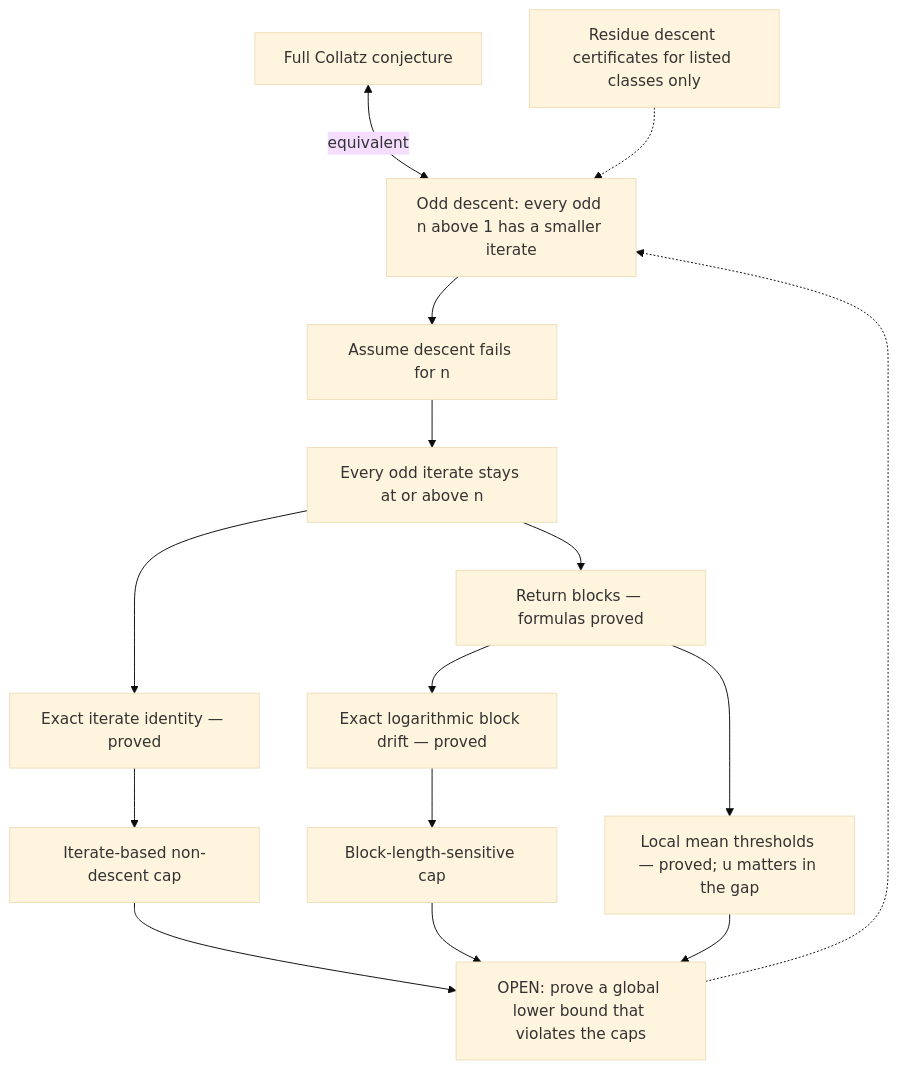
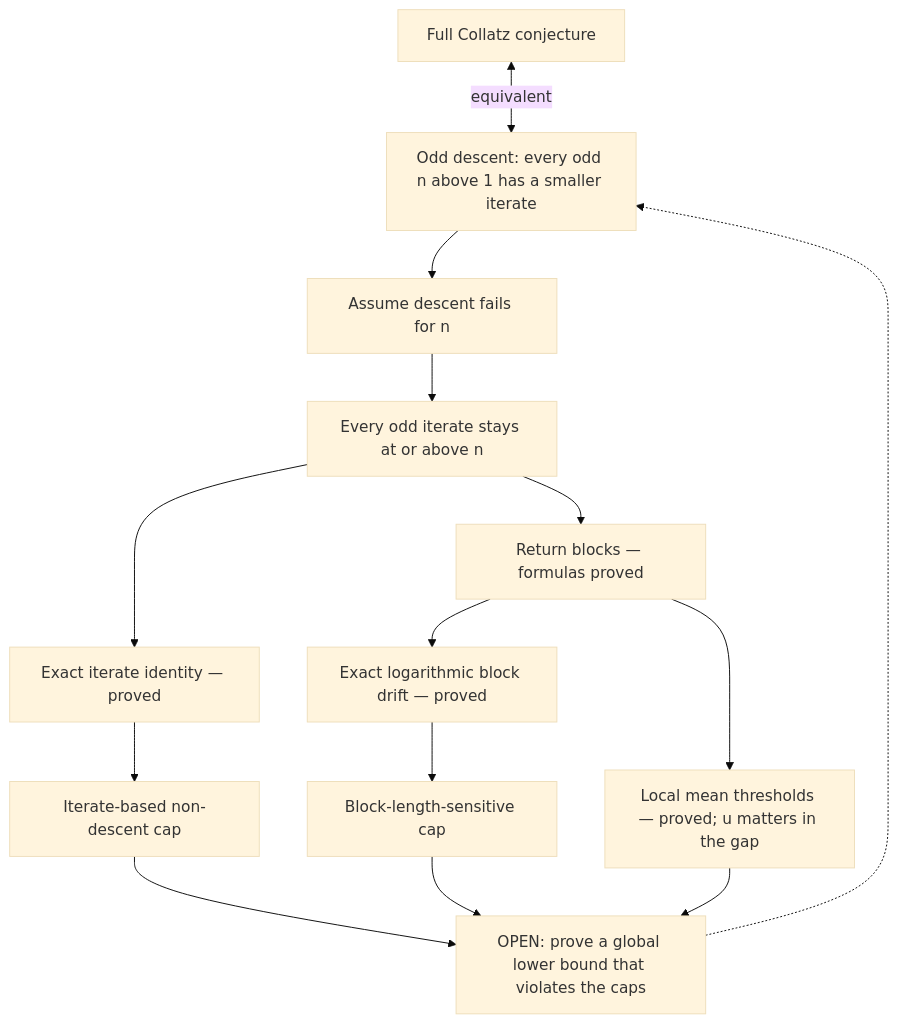
One commit to bassnicole1026-pixel/uctproject changed the diagram in ROADMAP.md. Above: the diagram before and after it, drawn with Mermaid (base theme). The commit also changed other lines of this file and 2 other files, not shown here.

````diff
--- a/ROADMAP.md
+++ b/ROADMAP.md
@@ -406,17 +410,16 @@
 ```mermaid
 flowchart TD
     C["Full Collatz conjecture"] <-->|equivalent| D["Odd descent: every odd n above 1 has a smaller iterate"]
     D --> H["Assume descent fails for n"]
     H --> N["Every odd iterate stays at or above n"]
     N --> I["Exact iterate identity — proved"]
     I --> U1["Iterate-based non-descent cap"]
     N --> B["Return blocks — formulas proved"]
     B --> L["Local mean thresholds — proved; u matters in the gap"]
     B --> J["Exact logarithmic block drift — proved"]
     J --> U2["Block-length-sensitive cap"]
     U1 --> G["OPEN: prove a global lower bound that violates the caps"]
     U2 --> G
     L --> G
     G -.-> D
-    R["Residue descent certificates for listed classes only"] -.-> D
 ```
````
